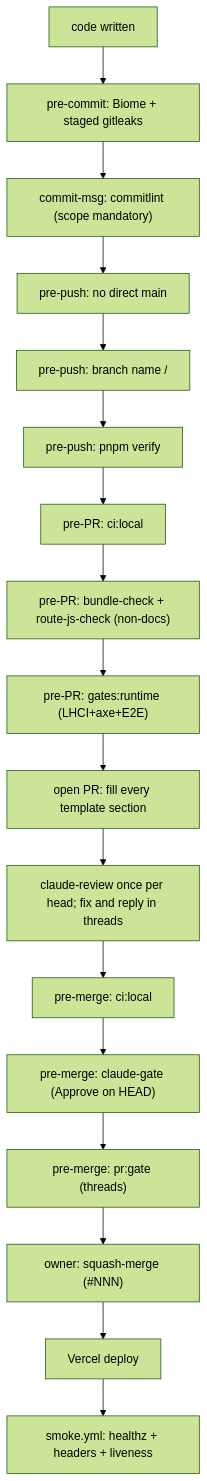
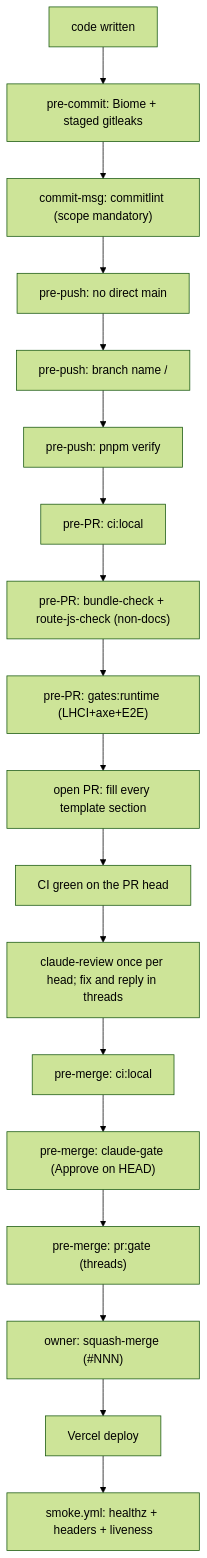
One commit to erikunha/portfolio changed the first of 2 diagrams in docs/handbook/review-merge-release.md. Above: the diagram before and after it, drawn with Mermaid (forest theme). The commit also changed 2 other files, not shown here.

Commit message:
docs(workflow): fix claude-gate and CI green placement in merge docs
Cause: the claude-review-on-every-PR edit left the merge readiness bullet
with an orphaned second sentence duplicating the approve condition, the
PR merge gate section listed only ci:local and pr:gate, and the gate
chain diagram overwrote the CI green node with the claude-review node
instead of adding it alongside.

Fix: fold claude-gate into the merge readiness condition list and drop
the orphan, add claude-gate between ci:local and pr:gate in the PR merge
gate checklist and the 07-workflows PR lifecycle chain, and restore a
CI green node before claude-review in the gate chain diagram.

````diff
--- a/docs/handbook/review-merge-release.md
+++ b/docs/handbook/review-merge-release.md
@@ -7,19 +7,20 @@
 ```mermaid
 flowchart TD
     write["code written"] --> c1["pre-commit: Biome + staged gitleaks"]
     c1 --> c2["commit-msg: commitlint (scope mandatory)"]
     c2 --> p1["pre-push: no direct main"]
     p1 --> p2["pre-push: branch name <type>/<desc>"]
     p2 --> p5["pre-push: pnpm verify"]
     p5 --> r1["pre-PR: ci:local"]
     r1 --> r2["pre-PR: bundle-check + route-js-check (non-docs)"]
     r2 --> r4["pre-PR: gates:runtime (LHCI+axe+E2E)"]
     r4 --> o1["open PR: fill every template section"]
-    o1 --> o2["claude-review once per head; fix and reply in threads"]
+    o1 --> o1b["CI green on the PR head"]
+    o1b --> o2["claude-review once per head; fix and reply in threads"]
     o2 --> m1["pre-merge: ci:local"]
     m1 --> m3["pre-merge: claude-gate (Approve on HEAD)"]
     m3 --> m4["pre-merge: pr:gate (threads)"]
     m4 --> merge["owner: squash-merge (#NNN)"]
     merge --> deploy["Vercel deploy"]
     deploy --> smoke["smoke.yml: healthz + headers + liveness"]
 ```
````
